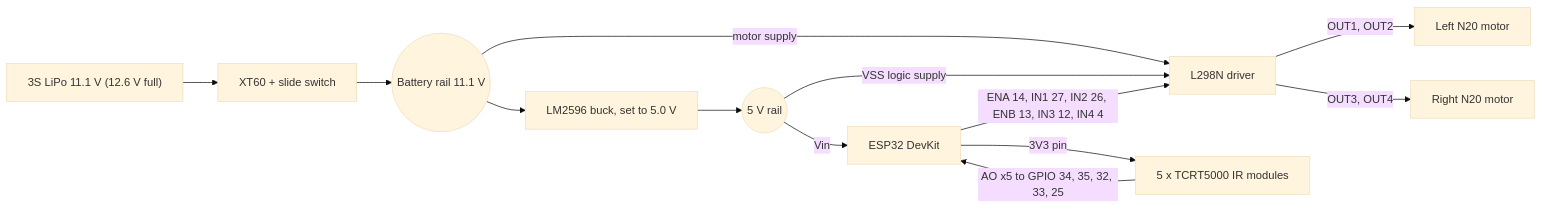
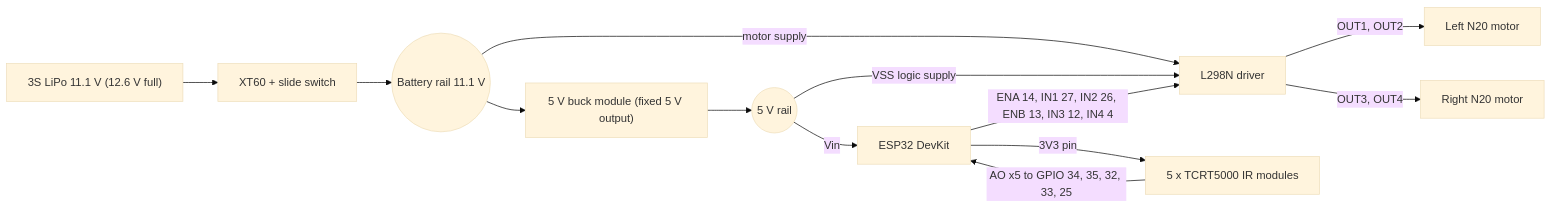
The diagram in docs/wiring_and_troubleshooting.md (umang-joshi182/lms-meshmerize), drawn with Mermaid (base theme) before and after one commit. The commit also changed other lines of this file and 3 other files, not shown here.

````diff
--- a/docs/wiring_and_troubleshooting.md
+++ b/docs/wiring_and_troubleshooting.md
@@ -7,15 +7,15 @@
 ```mermaid
 flowchart LR
   BAT["3S LiPo 11.1 V (12.6 V full)"] --> SW["XT60 + slide switch"]
   SW --> VBAT(("Battery rail 11.1 V"))
   VBAT -->|"motor supply"| L298["L298N driver"]
-  VBAT --> BUCK["LM2596 buck, set to 5.0 V"]
+  VBAT --> BUCK["5 V buck module (fixed 5 V output)"]
   BUCK --> V5(("5 V rail"))
   V5 -->|"Vin"| ESP["ESP32 DevKit"]
   V5 -->|"VSS logic supply"| L298
   ESP -->|"3V3 pin"| SENS["5 x TCRT5000 IR modules"]
   SENS -->|"AO x5 to GPIO 34, 35, 32, 33, 25"| ESP
   ESP -->|"ENA 14, IN1 27, IN2 26, ENB 13, IN3 12, IN4 4"| L298
   L298 -->|"OUT1, OUT2"| ML["Left N20 motor"]
   L298 -->|"OUT3, OUT4"| MR["Right N20 motor"]
 ```
````
